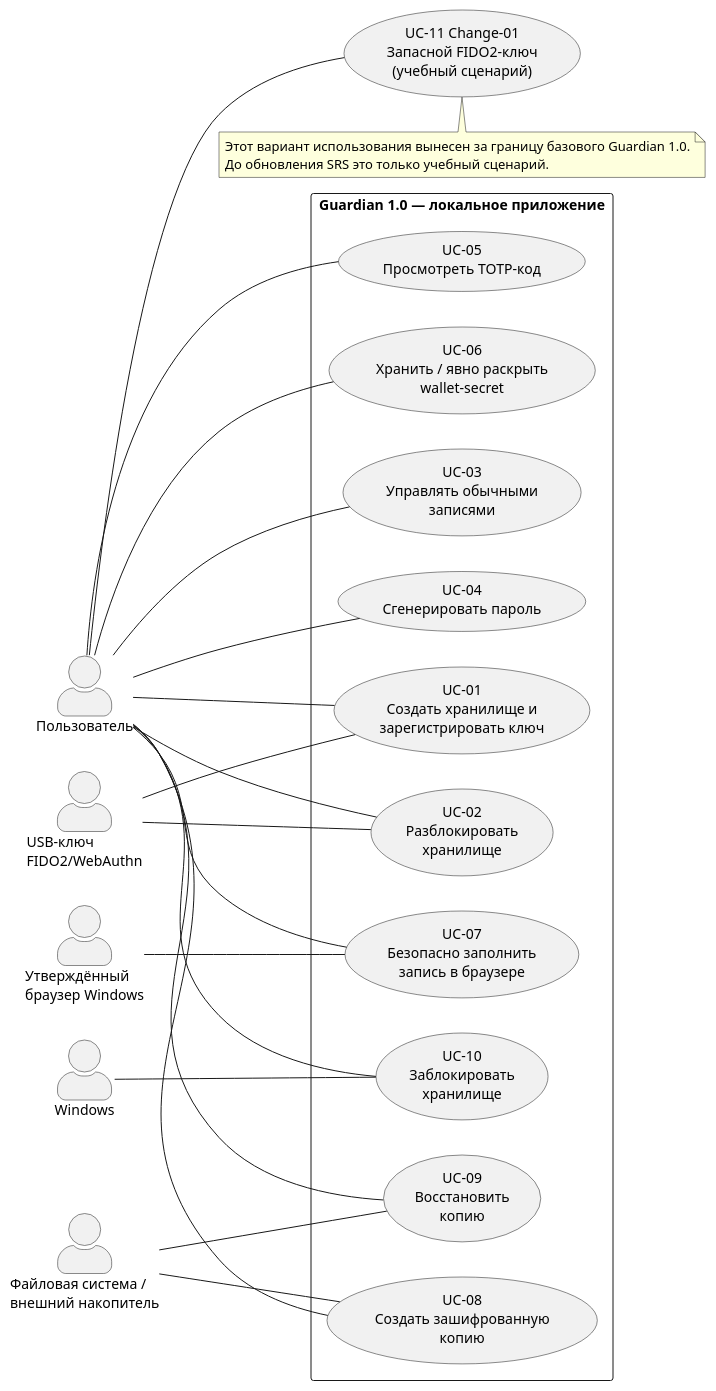
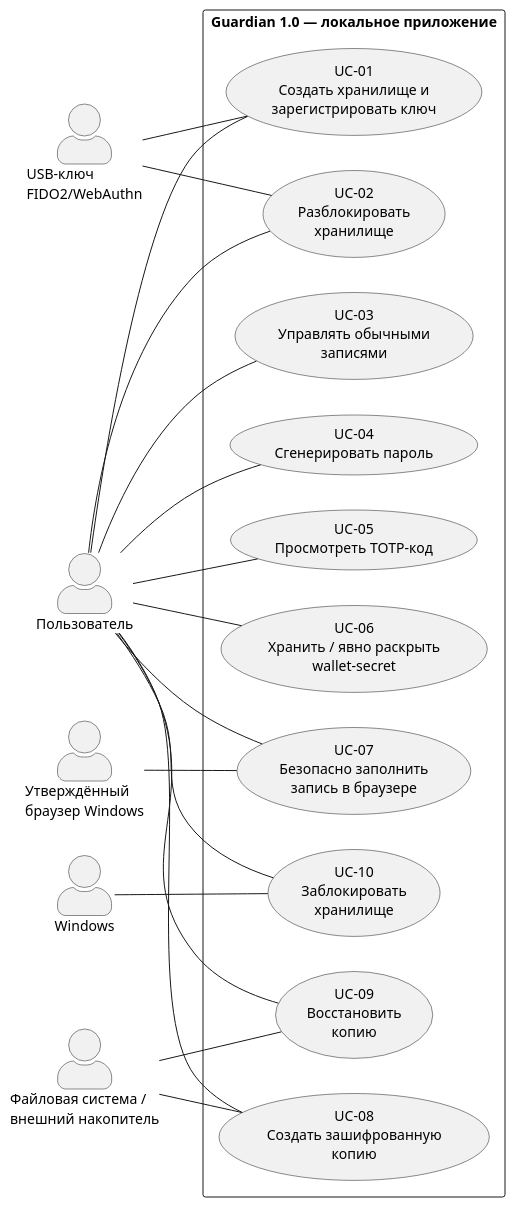
The diagram in lab5/diagrams/use-case.puml (dzmitry-murauyou/SDLC), drawn with PlantUML before and after one commit. The commit also changed 16 other files, not shown here.

Commit message:
Straighten UML diagrams and remove scenario labels

```diff
--- a/lab5/diagrams/use-case.puml
+++ b/lab5/diagrams/use-case.puml
@@ -1,45 +1,39 @@
 @startuml
 left to right direction
 skinparam packageStyle rectangle
 skinparam shadowing false
 skinparam actorStyle awesome
 actor "Пользователь" as User
 actor "USB-ключ\nFIDO2/WebAuthn" as Key
 actor "Утверждённый\nбраузер Windows" as Browser
 actor "Windows" as Win
 actor "Файловая система /\nвнешний накопитель" as FS
 rectangle "Guardian 1.0 — локальное приложение" {
   usecase "UC-01\nСоздать хранилище и\nзарегистрировать ключ" as UC01
   usecase "UC-02\nРазблокировать\nхранилище" as UC02
   usecase "UC-03\nУправлять обычными\nзаписями" as UC03
   usecase "UC-04\nСгенерировать пароль" as UC04
   usecase "UC-05\nПросмотреть TOTP-код" as UC05
   usecase "UC-06\nХранить / явно раскрыть\nwallet-secret" as UC06
   usecase "UC-07\nБезопасно заполнить\nзапись в браузере" as UC07
   usecase "UC-08\nСоздать зашифрованную\nкопию" as UC08
   usecase "UC-09\nВосстановить\nкопию" as UC09
   usecase "UC-10\nЗаблокировать\nхранилище" as UC10
 }
-usecase "UC-11 Change-01\nЗапасной FIDO2-ключ\n(учебный сценарий)" as UC11
 User -- UC01
 User -- UC02
 User -- UC03
 User -- UC04
 User -- UC05
 User -- UC06
 User -- UC07
 User -- UC08
 User -- UC09
 User -- UC10
-User -- UC11
 Key -- UC01
 Key -- UC02
 Browser -- UC07
 Win -- UC10
 FS -- UC08
 FS -- UC09
-note bottom of UC11
-Этот вариант использования вынесен за границу базового Guardian 1.0.
-До обновления SRS это только учебный сценарий.
-end note
 @enduml
```
